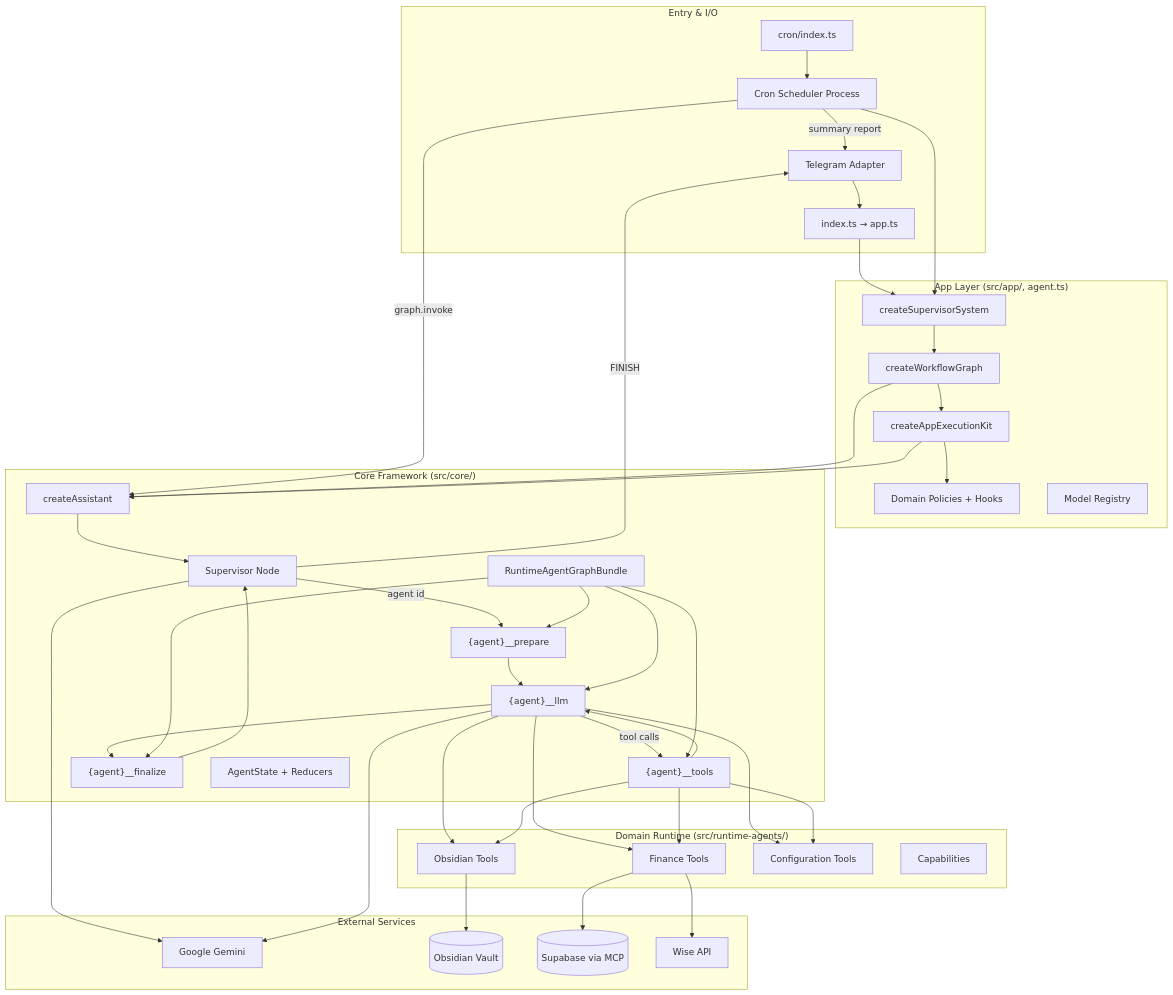
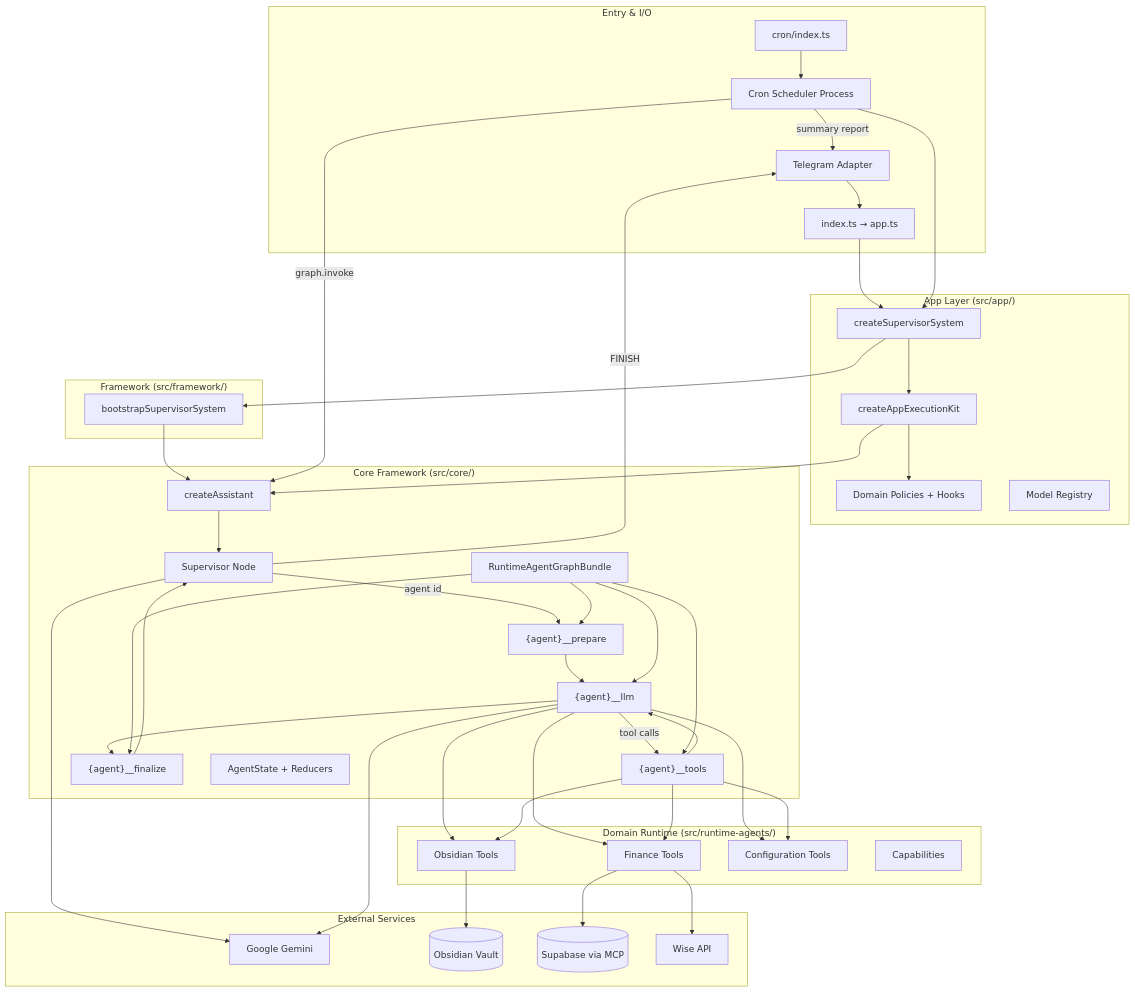
Before and after one commit to slnnzmtl/langgraph-personal-assistant: the first of 2 diagrams in docs/ARCHITECTURE.md, drawn with Mermaid. The commit also changed other lines of this file and 245 other files, not shown here.

Commit message:
refactor: restructure project into a pnpm workspace, create personal-assistant app with Docker support, and update package configurations for improved modularity and clarity

````diff
--- a/docs/ARCHITECTURE.md
+++ b/docs/ARCHITECTURE.md
@@ -32,63 +32,66 @@
 ```mermaid
 flowchart TB
     subgraph Entry["Entry & I/O"]
         TG[Telegram Adapter]
         CRON[Cron Scheduler Process]
         IDX[index.ts → app.ts]
         CRIDX[cron/index.ts]
     end
 
-    subgraph AppLayer["App Layer (src/app/, agent.ts)"]
+    subgraph AppLayer["App Layer (src/app/)"]
         WFC[createSupervisorSystem]
-        WFG[createWorkflowGraph]
         KIT[createAppExecutionKit]
         POL[Domain Policies + Hooks]
         MR[Model Registry]
+    end
+
+    subgraph FrameworkLayer["Framework (src/framework/)"]
+        BOOT[bootstrapSupervisorSystem]
     end
 
     subgraph Core["Core Framework (src/core/)"]
         CA[createAssistant]
         SUP[Supervisor Node]
         PREP["{agent}__prepare"]
         LLM["{agent}__llm"]
         TOOLS["{agent}__tools"]
         FINN["{agent}__finalize"]
         BUNDLE[RuntimeAgentGraphBundle]
         STATE[AgentState + Reducers]
     end
 
     subgraph Runtime["Domain Runtime (src/runtime-agents/)"]
         FIN[Finance Tools]
         OBS[Obsidian Tools]
         CFG[Configuration Tools]
         BUND[Capabilities]
     end
 
     subgraph External["External Services"]
         GEMINI[Google Gemini]
         VAULT[(Obsidian Vault)]
         SB[(Supabase via MCP)]
         WISE[Wise API]
     end
 
-    TG --> IDX --> WFC --> WFG --> CA
+    TG --> IDX --> WFC --> BOOT --> CA
     CRIDX --> CRON
     CRON --> WFC
     CRON -->|graph.invoke| CA
     CRON -->|summary report| TG
-    WFG --> KIT --> CA
+    WFC --> KIT --> CA
     KIT --> POL
     CA --> SUP
     SUP -->|agent id| PREP
     PREP --> LLM
     LLM -->|tool calls| TOOLS
     TOOLS --> LLM
     LLM --> FINN
     FINN --> SUP
     SUP -->|FINISH| TG
     BUNDLE --> PREP & LLM & TOOLS & FINN
     LLM & TOOLS --> FIN & OBS & CFG
     FIN --> SB & WISE
     OBS --> VAULT
     SUP & LLM --> GEMINI
 ```
````
